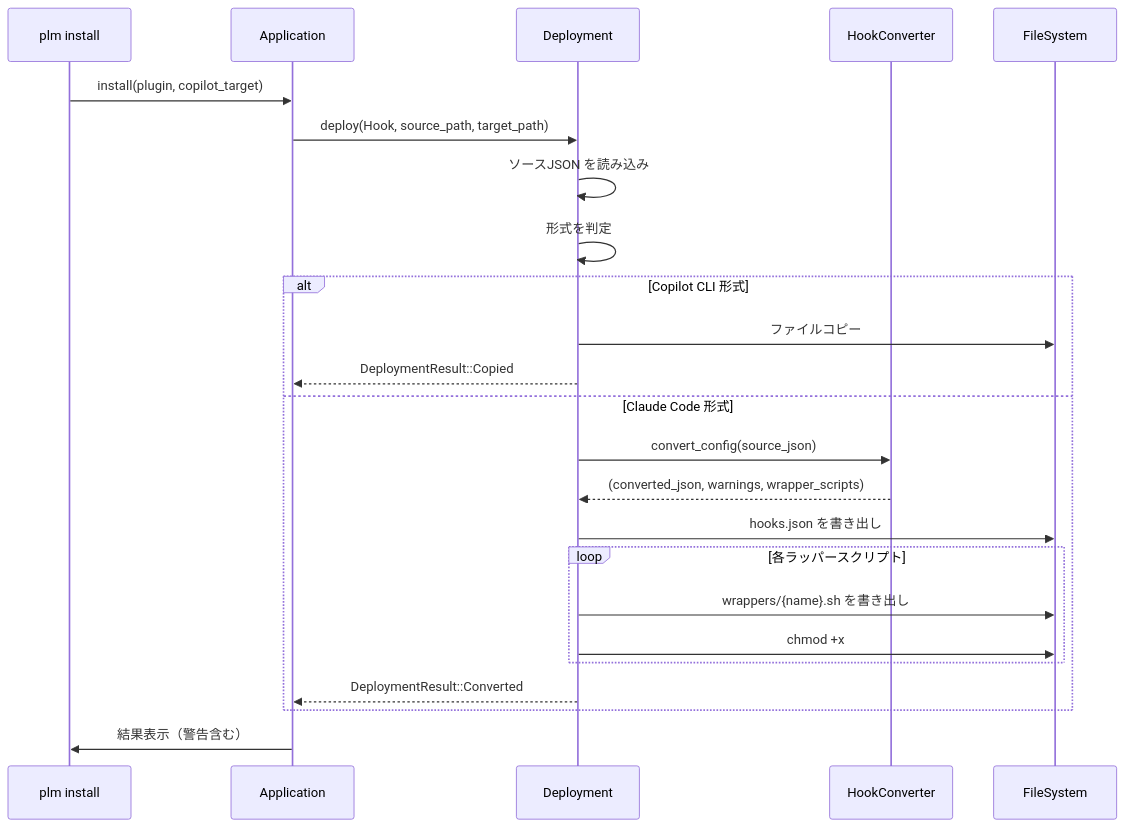
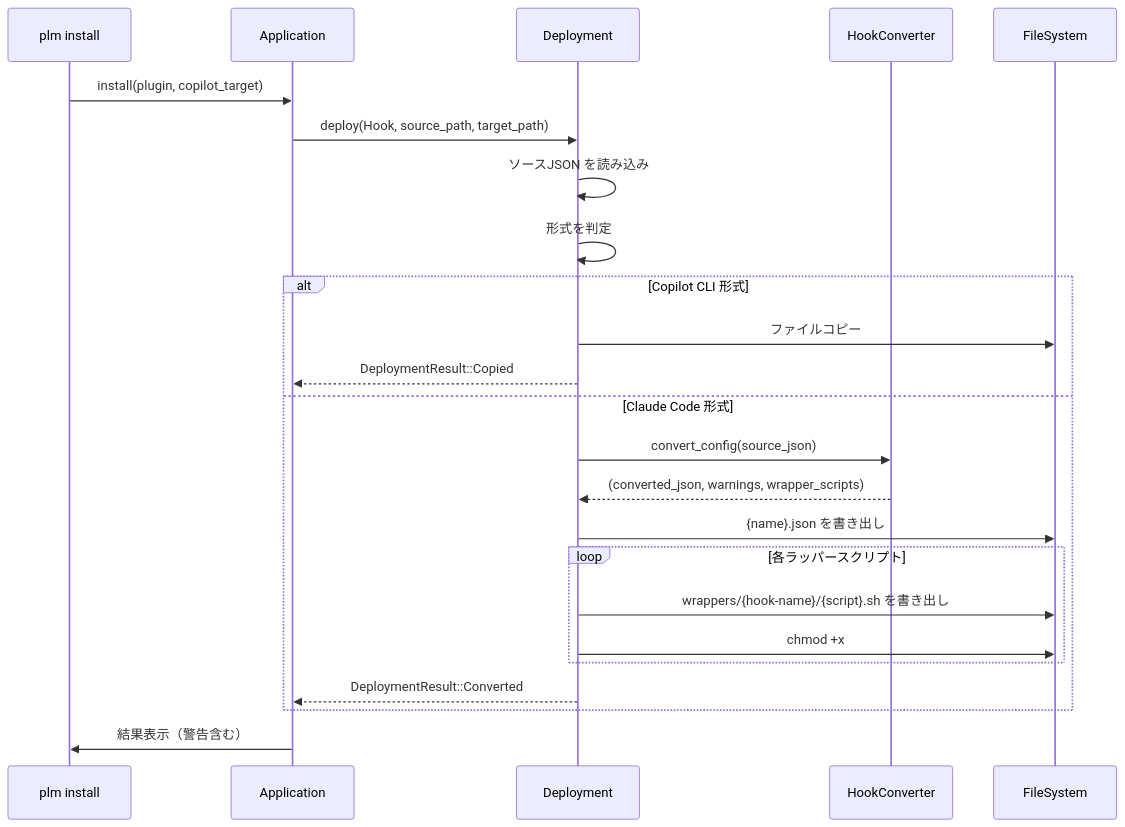
Before and after one commit to DIO0550/plugin-manager: the second of 2 diagrams in docs/hooks-conversion/install-integration-spec.md, drawn with Mermaid. The commit also changed other lines of this file and 1 other file, not shown here.

First line of the commit message:
📝 [Doc]: #183 Update wrapper deployment structure docs to wrappers/{hook-name}/

````diff
--- a/docs/hooks-conversion/install-integration-spec.md
+++ b/docs/hooks-conversion/install-integration-spec.md
@@ -107,29 +113,29 @@
 ```mermaid
 sequenceDiagram
     participant CLI as plm install
     participant App as Application
     participant Deploy as Deployment
     participant Conv as HookConverter
     participant FS as FileSystem
 
     CLI->>App: install(plugin, copilot_target)
     App->>Deploy: deploy(Hook, source_path, target_path)
     Deploy->>Deploy: ソースJSON を読み込み
     Deploy->>Deploy: 形式を判定
 
     alt Copilot CLI 形式
         Deploy->>FS: ファイルコピー
         Deploy-->>App: DeploymentResult::Copied
     else Claude Code 形式
         Deploy->>Conv: convert_config(source_json)
         Conv-->>Deploy: (converted_json, warnings, wrapper_scripts)
-        Deploy->>FS: hooks.json を書き出し
+        Deploy->>FS: {name}.json を書き出し
         loop 各ラッパースクリプト
-            Deploy->>FS: wrappers/{name}.sh を書き出し
+            Deploy->>FS: wrappers/{hook-name}/{script}.sh を書き出し
             Deploy->>FS: chmod +x
         end
         Deploy-->>App: DeploymentResult::Converted
     end
 
     App->>CLI: 結果表示（警告含む）
 ```
````
